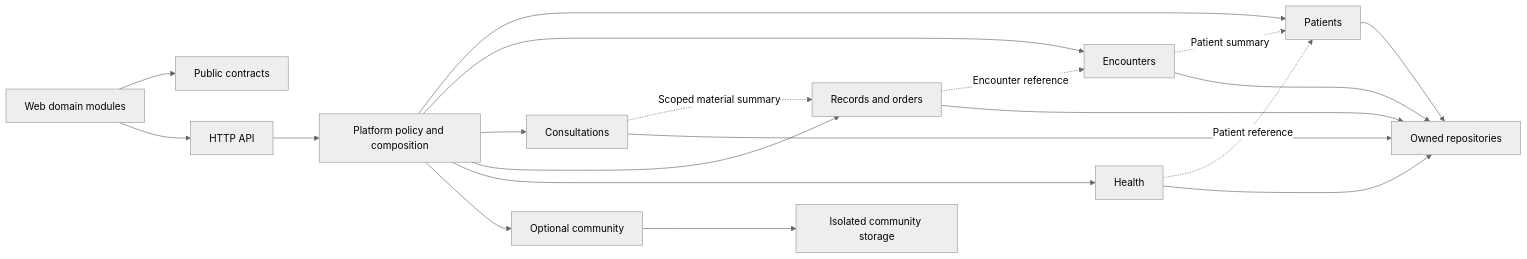
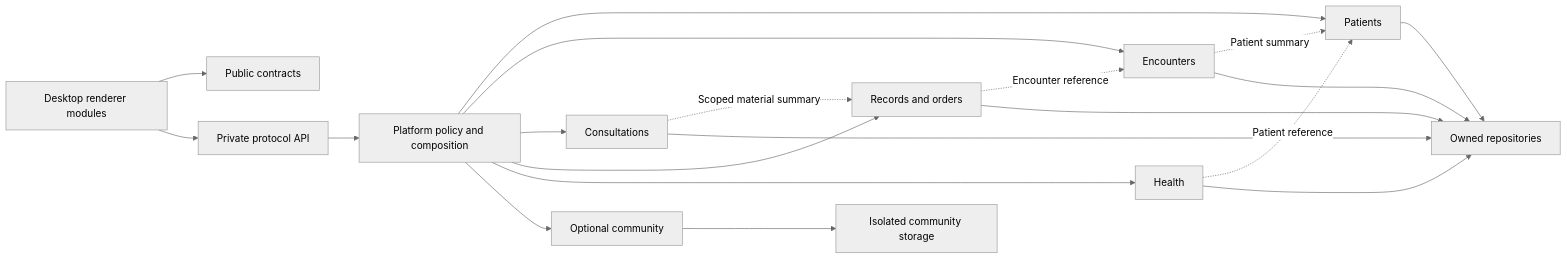
The third of 6 diagrams in docs/ARCHITECTURE.md (Kevin-deb/Industrial-Team-Project), drawn with Mermaid (neutral theme) before and after one commit. The commit also changed other lines of this file and 62 other files, not shown here.

````diff
--- a/docs/ARCHITECTURE.md
+++ b/docs/ARCHITECTURE.md
@@ -82,22 +107,22 @@
 ```mermaid
 flowchart LR
-  W[Web domain modules] --> Contracts[Public contracts]
-  W --> API[HTTP API]
+  W[Desktop renderer modules] --> Contracts[Public contracts]
+  W --> API[Private protocol API]
   API --> P[Platform policy and composition]
   P --> Patients[Patients]
   P --> Encounters[Encounters]
   P --> Consultations[Consultations]
   P --> Records[Records and orders]
   P --> Health[Health]
   P --> Community[Optional community]
   Encounters -. Patient summary .-> Patients
   Consultations -. Scoped material summary .-> Records
   Records -. Encounter reference .-> Encounters
   Health -. Patient reference .-> Patients
   Patients --> Storage[Owned repositories]
   Encounters --> Storage
   Consultations --> Storage
   Records --> Storage
   Health --> Storage
   Community --> SocialStore[Isolated community storage]
 ```
````
